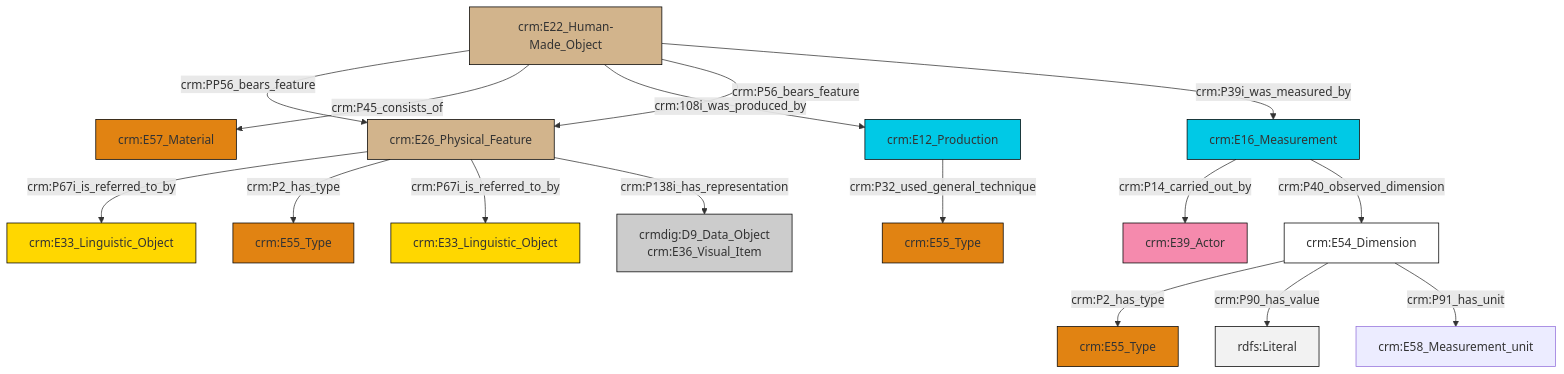
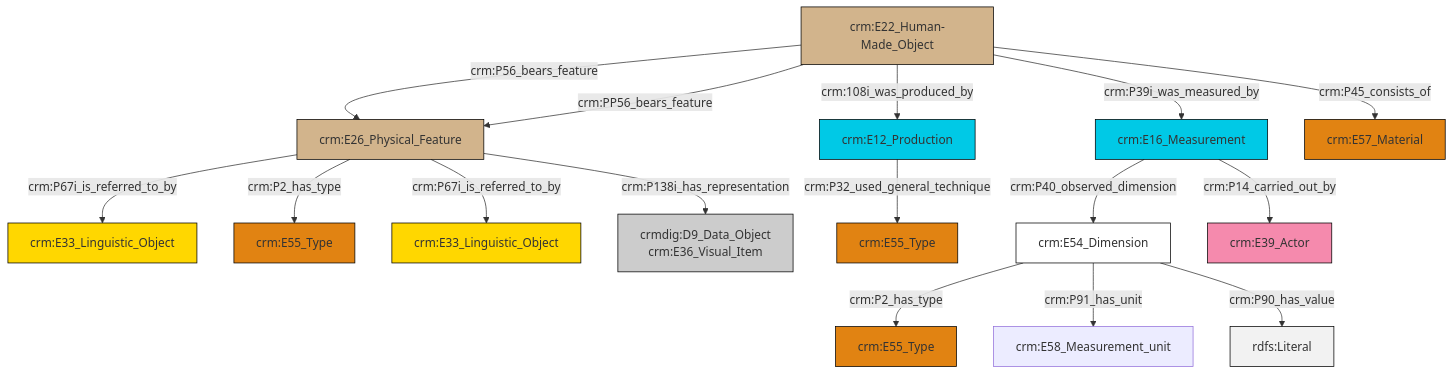
One commit to swiss-art-research-net/docs.swissartresearch changed the diagram in et/carrierCSV/ttl/mmd/carrier_substance.ttl.mmd. Above: the diagram before and after it, drawn with Mermaid. The commit also changed 177 other files, not shown here.

```diff
--- a/et/carrierCSV/ttl/mmd/carrier_substance.ttl.mmd
+++ b/et/carrierCSV/ttl/mmd/carrier_substance.ttl.mmd
@@ -1,30 +1,30 @@
 graph TD
 classDef Literal fill:#f2f2f2,stroke:#000000;
 classDef CRM_Entity fill:#FFFFFF,stroke:#000000;
 classDef Temporal_Entity fill:#00C9E6, stroke:#000000;
 classDef Type fill:#E18312, stroke:#000000;
 classDef Time-Span fill:#2C9C91, stroke:#000000;
 classDef Appellation fill:#FFEB7F, stroke:#000000;
 classDef Place fill:#008836, stroke:#000000;
 classDef Persistent_Item fill:#B266B2, stroke:#000000;
 classDef Conceptual_Object fill:#FFD700, stroke:#000000;
 classDef Physical_Thing fill:#D2B48C, stroke:#000000;
 classDef Actor fill:#f58aad, stroke:#000000;
 classDef PC_Classes fill:#4ce600, stroke:#000000;
 classDef Multi fill:#cccccc,stroke:#000000;
 
-0["crm:E26_Physical_Feature"]:::Physical_Thing -->|crm:P67i_is_referred_to_by| 1["crm:E33_Linguistic_Object"]:::Conceptual_Object
-0["crm:E26_Physical_Feature"]:::Physical_Thing -->|crm:P2_has_type| 5["crm:E55_Type"]:::Type
-0["crm:E26_Physical_Feature"]:::Physical_Thing -->|crm:P67i_is_referred_to_by| 11["crm:E33_Linguistic_Object"]:::Conceptual_Object
-13["crm:E54_Dimension"]:::CRM_Entity -->|crm:P2_has_type| 14["crm:E55_Type"]:::Type
-15["crm:E16_Measurement"]:::Temporal_Entity -->|crm:P14_carried_out_by| 2["crm:E39_Actor"]:::Actor
-0["crm:E26_Physical_Feature"]:::Physical_Thing -->|crm:P138i_has_representation| 8["crmdig:D9_Data_Object<br>crm:E36_Visual_Item"]:::Multi
-17["crm:E22_Human-Made_Object"]:::Physical_Thing -->|crm:PP56_bears_feature| 0["crm:E26_Physical_Feature"]:::Physical_Thing
-13["crm:E54_Dimension"]:::CRM_Entity -->|crm:P90_has_value| 21[rdfs:Literal]:::Literal
-13["crm:E54_Dimension"]:::CRM_Entity -->|crm:P91_has_unit| 22["crm:E58_Measurement_unit"]:::Default
-15["crm:E16_Measurement"]:::Temporal_Entity -->|crm:P40_observed_dimension| 13["crm:E54_Dimension"]:::CRM_Entity
-17["crm:E22_Human-Made_Object"]:::Physical_Thing -->|crm:P45_consists_of| 24["crm:E57_Material"]:::Type
-17["crm:E22_Human-Made_Object"]:::Physical_Thing -->|crm:108i_was_produced_by| 28["crm:E12_Production"]:::Temporal_Entity
-17["crm:E22_Human-Made_Object"]:::Physical_Thing -->|crm:P56_bears_feature| 0["crm:E26_Physical_Feature"]:::Physical_Thing
-28["crm:E12_Production"]:::Temporal_Entity -->|crm:P32_used_general_technique| 6["crm:E55_Type"]:::Type
-17["crm:E22_Human-Made_Object"]:::Physical_Thing -->|crm:P39i_was_measured_by| 15["crm:E16_Measurement"]:::Temporal_Entity
+10["crm:E54_Dimension"]:::CRM_Entity -->|crm:P2_has_type| 11["crm:E55_Type"]:::Type
+13["crm:E26_Physical_Feature"]:::Physical_Thing -->|crm:P67i_is_referred_to_by| 14["crm:E33_Linguistic_Object"]:::Conceptual_Object
+2["crm:E12_Production"]:::Temporal_Entity -->|crm:P32_used_general_technique| 17["crm:E55_Type"]:::Type
+10["crm:E54_Dimension"]:::CRM_Entity -->|crm:P91_has_unit| 18["crm:E58_Measurement_unit"]:::Default
+4["crm:E22_Human-Made_Object"]:::Physical_Thing -->|crm:P56_bears_feature| 13["crm:E26_Physical_Feature"]:::Physical_Thing
+4["crm:E22_Human-Made_Object"]:::Physical_Thing -->|crm:PP56_bears_feature| 13["crm:E26_Physical_Feature"]:::Physical_Thing
+13["crm:E26_Physical_Feature"]:::Physical_Thing -->|crm:P2_has_type| 8["crm:E55_Type"]:::Type
+10["crm:E54_Dimension"]:::CRM_Entity -->|crm:P90_has_value| 22[rdfs:Literal]:::Literal
+4["crm:E22_Human-Made_Object"]:::Physical_Thing -->|crm:108i_was_produced_by| 2["crm:E12_Production"]:::Temporal_Entity
+4["crm:E22_Human-Made_Object"]:::Physical_Thing -->|crm:P39i_was_measured_by| 23["crm:E16_Measurement"]:::Temporal_Entity
+4["crm:E22_Human-Made_Object"]:::Physical_Thing -->|crm:P45_consists_of| 25["crm:E57_Material"]:::Type
+23["crm:E16_Measurement"]:::Temporal_Entity -->|crm:P40_observed_dimension| 10["crm:E54_Dimension"]:::CRM_Entity
+23["crm:E16_Measurement"]:::Temporal_Entity -->|crm:P14_carried_out_by| 15["crm:E39_Actor"]:::Actor
+13["crm:E26_Physical_Feature"]:::Physical_Thing -->|crm:P67i_is_referred_to_by| 6["crm:E33_Linguistic_Object"]:::Conceptual_Object
+13["crm:E26_Physical_Feature"]:::Physical_Thing -->|crm:P138i_has_representation| 0["crmdig:D9_Data_Object<br>crm:E36_Visual_Item"]:::Multi
```
